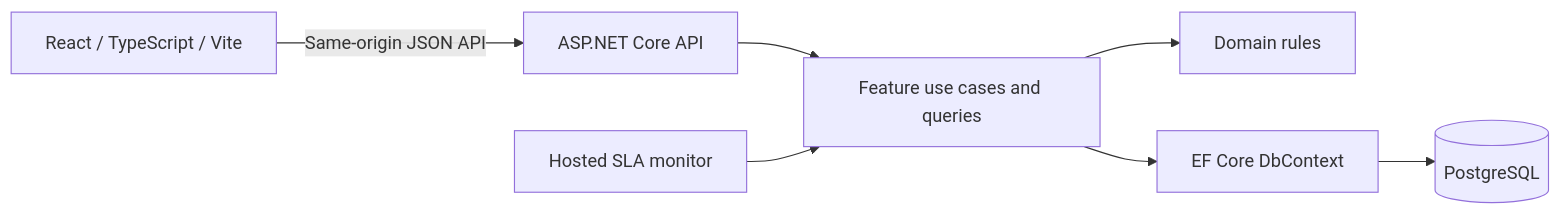
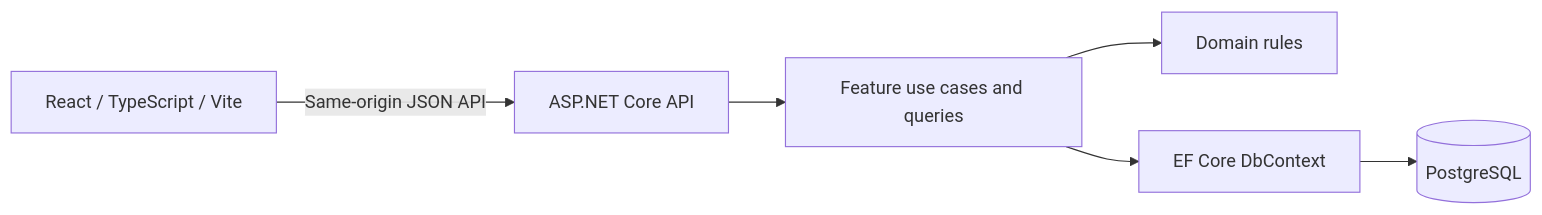
One commit to matt-potok/service-ops changed the diagram in ARCHITECTURE.md. Above: the diagram before and after it, drawn with Mermaid. The commit also changed other lines of this file and 16 other files, not shown here.

````diff
--- a/ARCHITECTURE.md
+++ b/ARCHITECTURE.md
@@ -39,9 +39,8 @@
 ```mermaid
 flowchart LR
     Browser[React / TypeScript / Vite] -->|Same-origin JSON API| Api[ASP.NET Core API]
     Api --> Features[Feature use cases and queries]
     Features --> Domain[Domain rules]
     Features --> EF[EF Core DbContext]
     EF --> DB[(PostgreSQL)]
-    Worker[Hosted SLA monitor] --> Features
 ```
````
